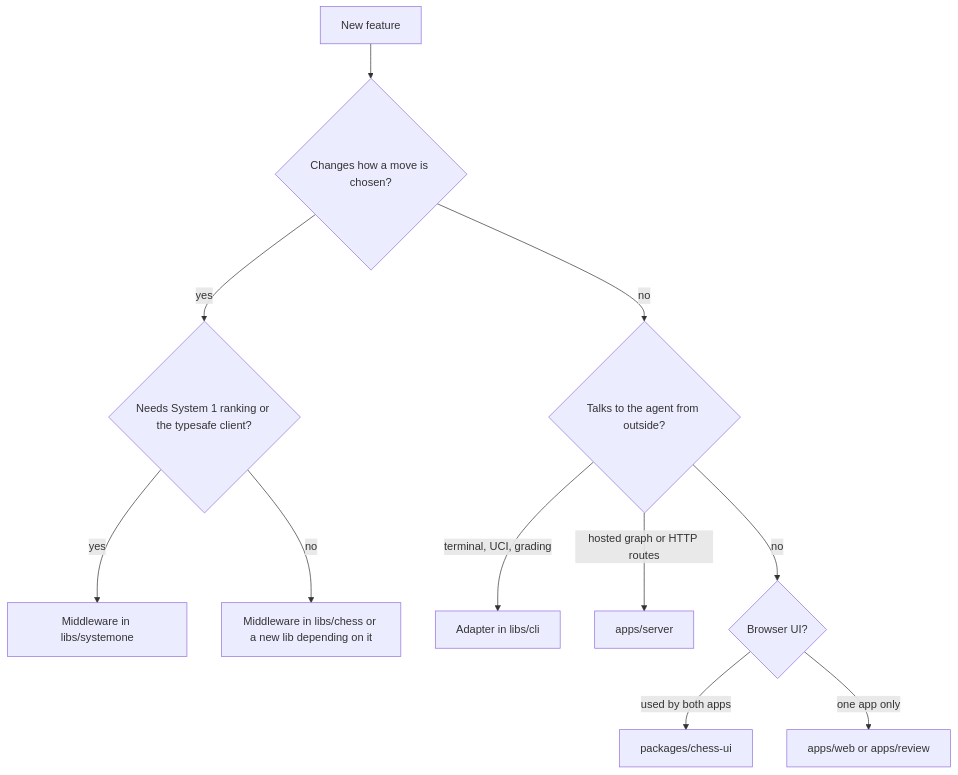
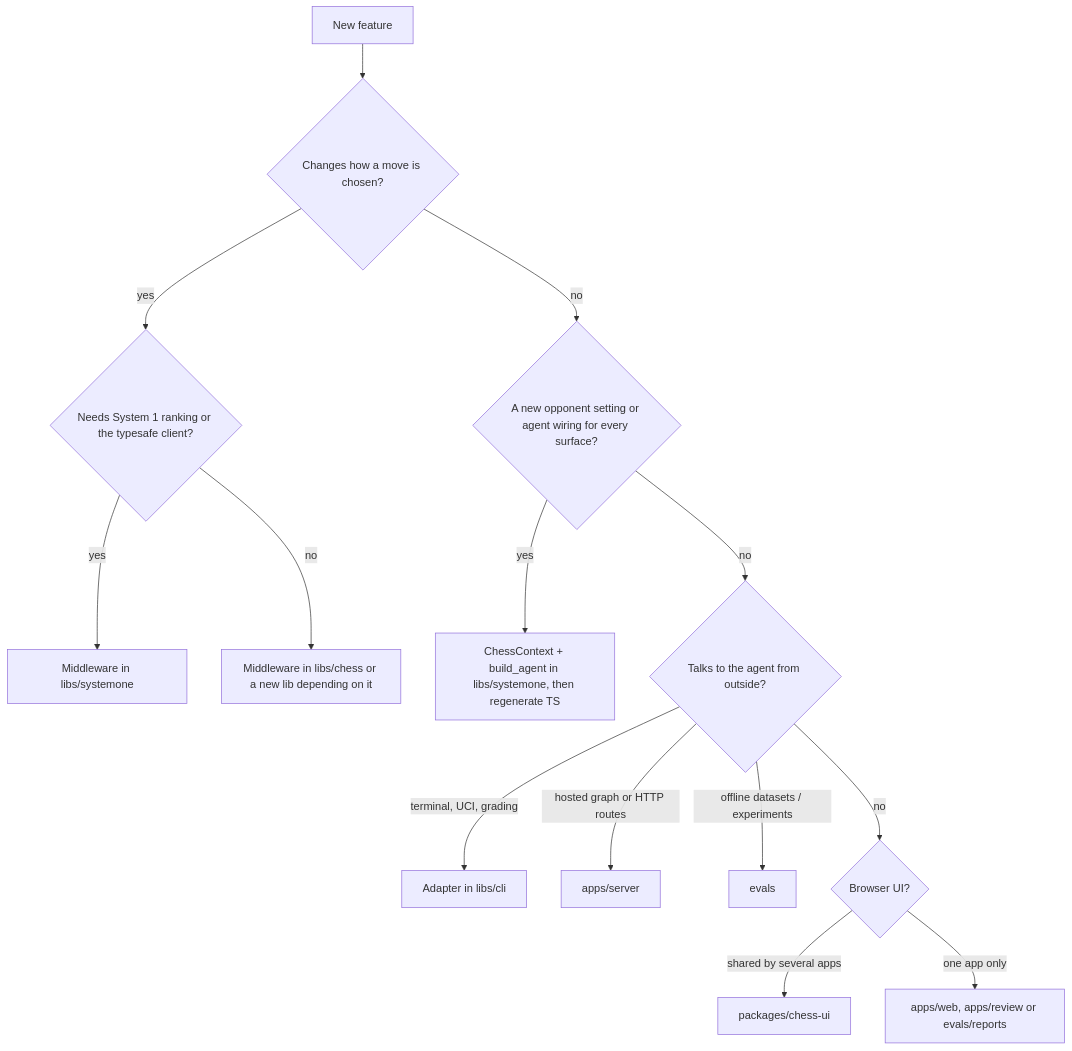
One commit to darieldatoon/langchain-chess changed the second of 2 diagrams in openwiki/architecture/package-map.md. Above: the diagram before and after it, drawn with Mermaid. The commit also changed other lines of this file and 48 other files, not shown here.

````diff
--- a/openwiki/architecture/package-map.md
+++ b/openwiki/architecture/package-map.md
@@ -151,13 +187,16 @@
 ```mermaid
 flowchart TD
     Q["New feature"] --> A{"Changes how a move is chosen?"}
     A -- yes --> B{"Needs System 1 ranking or the typesafe client?"}
     B -- yes --> SO["Middleware in libs/systemone"]
     B -- no --> CH["Middleware in libs/chess or a new lib depending on it"]
-    A -- no --> C{"Talks to the agent from outside?"}
+    A -- no --> S{"A new opponent setting or agent wiring for every surface?"}
+    S -- yes --> SET["ChessContext + build_agent in libs/systemone, then regenerate TS"]
+    S -- no --> C{"Talks to the agent from outside?"}
     C -- "terminal, UCI, grading" --> CLI["Adapter in libs/cli"]
     C -- "hosted graph or HTTP routes" --> SRV["apps/server"]
+    C -- "offline datasets / experiments" --> EV["evals"]
     C -- no --> D{"Browser UI?"}
-    D -- "used by both apps" --> UI["packages/chess-ui"]
-    D -- "one app only" --> APP["apps/web or apps/review"]
+    D -- "shared by several apps" --> UI["packages/chess-ui"]
+    D -- "one app only" --> APP["apps/web, apps/review or evals/reports"]
 ```
````
